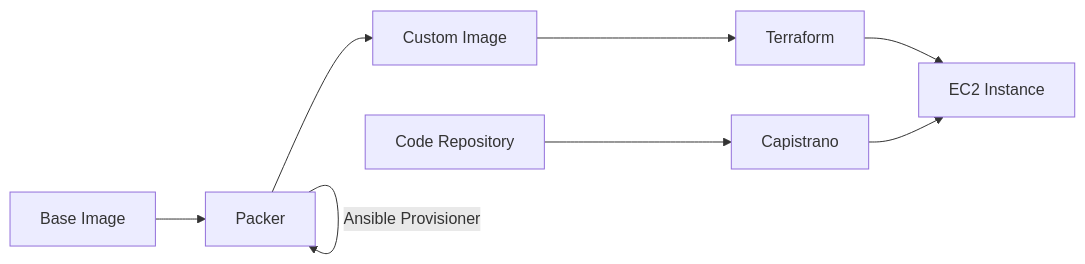
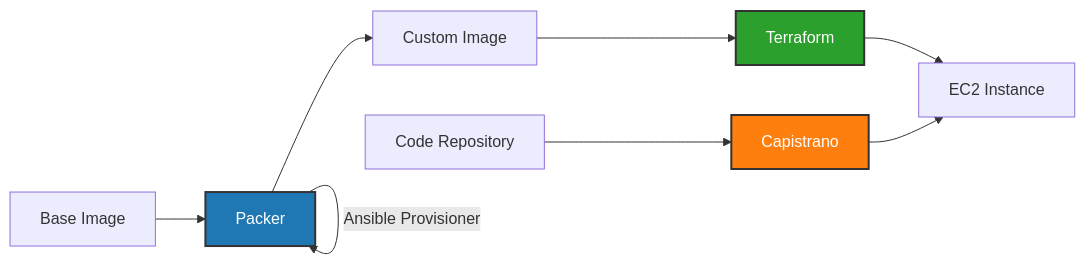
The third of 10 diagrams in README.md (bparanj/hivegrid.dev), drawn with Mermaid before and after one commit. The commit also changed other lines of this file, not shown here.

Commit message:
Revise diagrams

````diff
--- a/README.md
+++ b/README.md
@@ -74,11 +82,15 @@
 ```mermaid
 graph LR
     A[Base Image] --> B[Packer]
     B --> C[Custom Image]
     C --> D[Terraform]
     D --> E[EC2 Instance]
     F[Code Repository] --> G[Capistrano]
     G --> E
     
     B -- Ansible Provisioner --> B
+
+    style B fill:#1f77b4,stroke:#333,stroke-width:2px,color:#fff
+    style D fill:#2ca02c,stroke:#333,stroke-width:2px,color:#fff
+    style G fill:#ff7f0e,stroke:#333,stroke-width:2px,color:#fff
 ```
````
